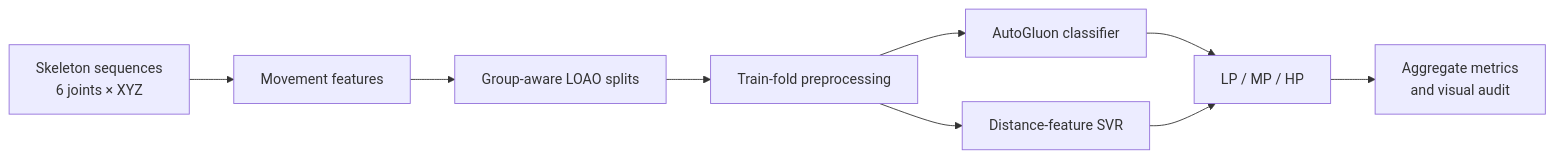
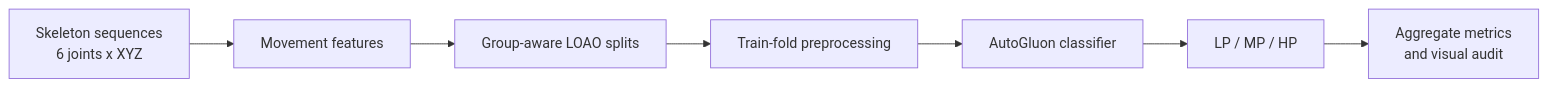
Before and after one commit to wjwbob/ai4pain-emopain-home-AutoML: the diagram in README.md, drawn with Mermaid. The commit also changed other lines of this file and 7 other files, not shown here.

````diff
--- a/README.md
+++ b/README.md
@@ -29,11 +26,9 @@
 ```mermaid
 flowchart LR
-    A["Skeleton sequences<br/>6 joints × XYZ"] --> B["Movement features"]
+    A["Skeleton sequences<br/>6 joints x XYZ"] --> B["Movement features"]
     B --> C["Group-aware LOAO splits"]
     C --> D["Train-fold preprocessing"]
     D --> E["AutoGluon classifier"]
-    D --> F["Distance-feature SVR"]
-    E --> G["LP / MP / HP"]
-    F --> G
-    G --> H["Aggregate metrics<br/>and visual audit"]
+    E --> F["LP / MP / HP"]
+    F --> G["Aggregate metrics<br/>and visual audit"]
 ```
````
